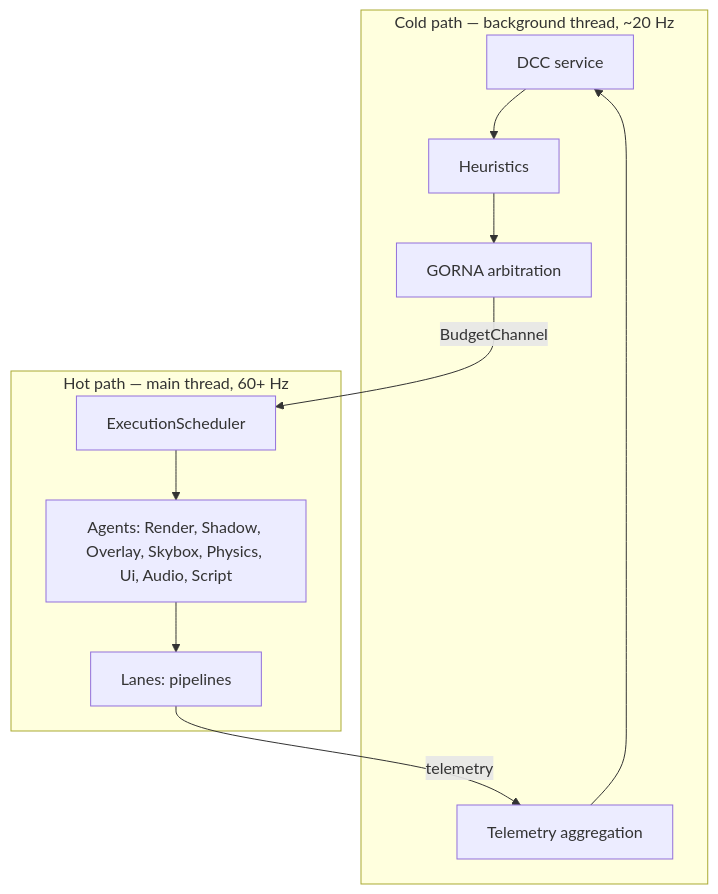
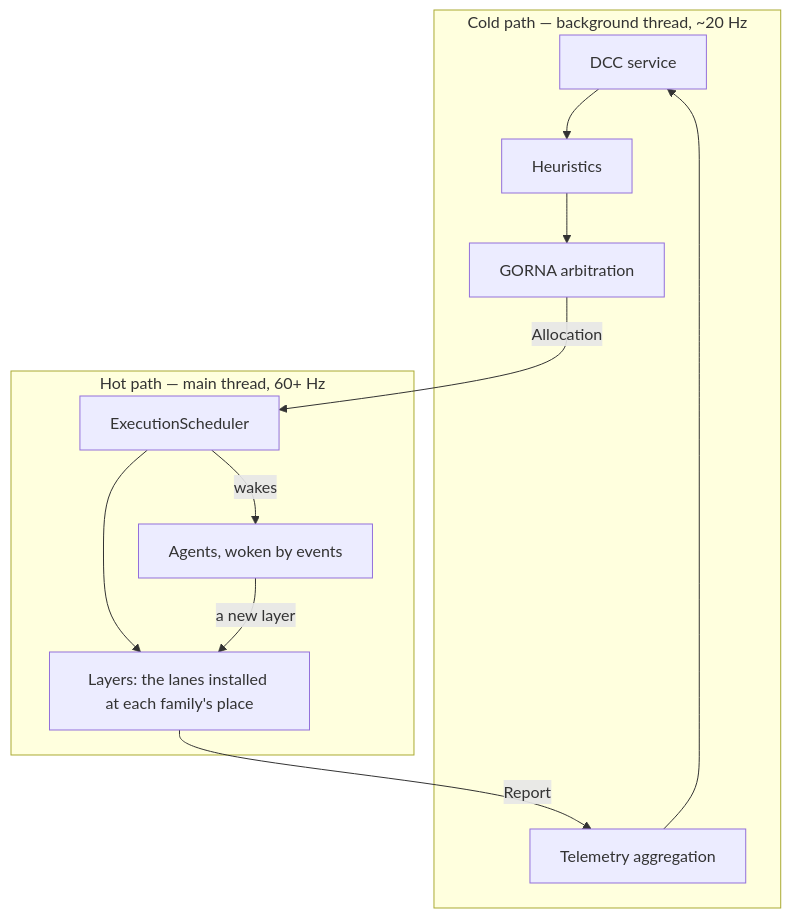
The second of 2 diagrams in docs/src/concepts/saa.md (eraflo/KhoraEngine), drawn with Mermaid before and after one commit. The commit also changed other lines of this file and 11 other files, not shown here.

````diff
--- a/docs/src/concepts/saa.md
+++ b/docs/src/concepts/saa.md
@@ -170,21 +171,22 @@
 ```mermaid
 graph TD
     subgraph Cold["Cold path — background thread, ~20 Hz"]
         DCC[DCC service]
         Telemetry[Telemetry aggregation]
         Heuristics[Heuristics]
         GORNA[GORNA arbitration]
     end
     subgraph Hot["Hot path — main thread, 60+ Hz"]
         Scheduler[ExecutionScheduler]
-        Agents[Agents: Render, Shadow, Overlay, Skybox, Physics, Ui, Audio, Script]
-        Lanes[Lanes: pipelines]
+        Layers[Layers: the lanes installed at each family's place]
+        Agents[Agents, woken by events]
     end
     Telemetry --> DCC
     DCC --> Heuristics
     Heuristics --> GORNA
-    GORNA -->|BudgetChannel| Scheduler
-    Scheduler --> Agents
-    Agents --> Lanes
-    Lanes -->|telemetry| Telemetry
+    GORNA -->|Allocation| Scheduler
+    Scheduler --> Layers
+    Scheduler -->|wakes| Agents
+    Agents -->|a new layer| Layers
+    Layers -->|Report| Telemetry
 ```
````
